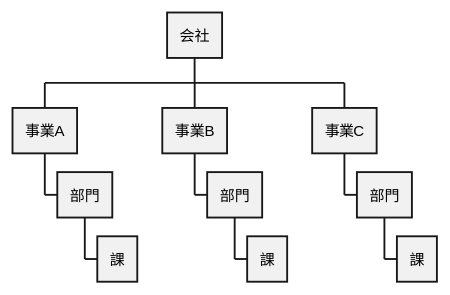
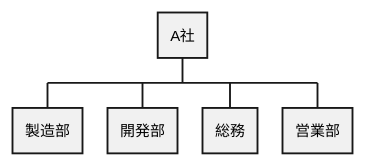
One commit to k2works/case-sutudy-business-analysis changed the first of 16 diagrams in docs/case/r01_case_1.adoc. Above: the diagram before and after it, drawn with PlantUML. The commit also changed other lines of this file, not shown here.

```diff
--- a/docs/case/r01_case_1.adoc
+++ b/docs/case/r01_case_1.adoc
@@ -42,17 +42,12 @@
 [plantuml]
 ----
 @startwbs
 
-* 会社
-** 事業A
-*** 部門
-**** 課
-** 事業B
-*** 部門
-**** 課
-** 事業C
-*** 部門
-**** 課
+* A社
+** 製造部
+** 開発部
+** 総務
+** 営業部
 
 @endwbs
 ----
```
